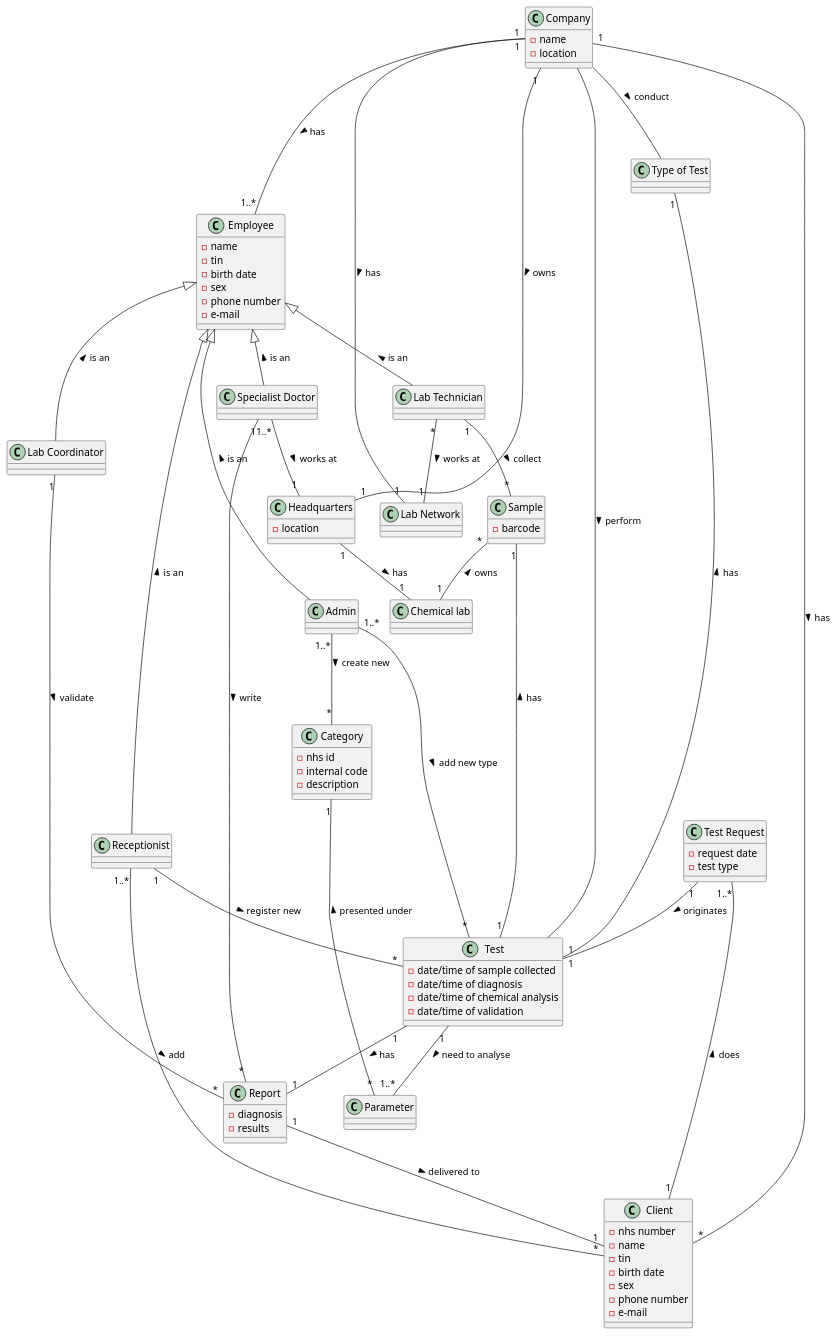
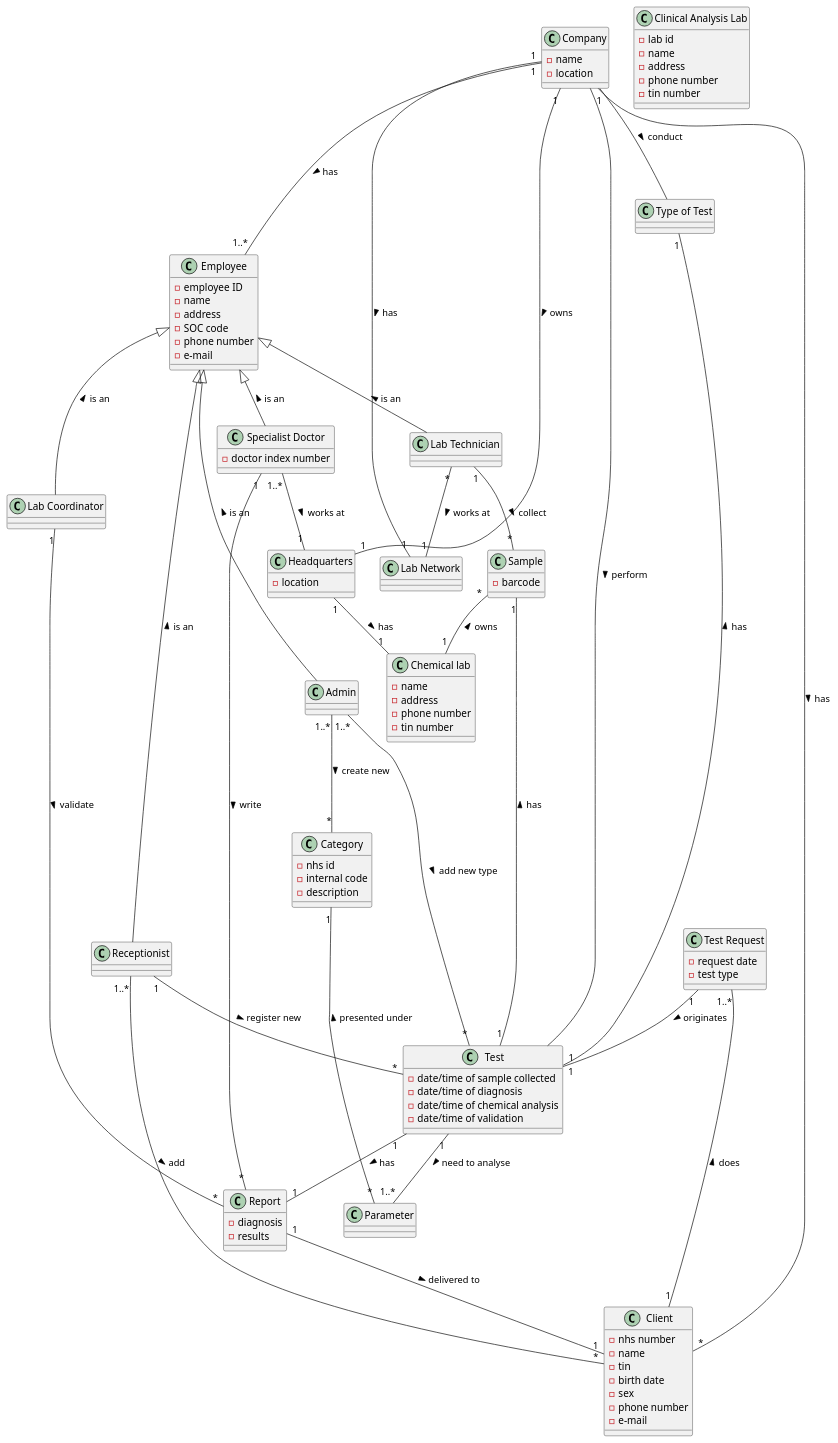
Before and after one commit to GuilhermeCunha79/lapr2: the diagram in docs/SprintA/Domain Model Diagram.puml, drawn with PlantUML. The commit also changed 1 other file, not shown here.

Commit message:
New FURPS+ update and DM diagram(added info from client's forum)

```diff
--- a/docs/SprintA/Domain Model Diagram.puml
+++ b/docs/SprintA/Domain Model Diagram.puml
@@ -1,97 +1,115 @@
 @startuml
 'https://plantuml.com/sequence-diagram
 
 top to bottom direction
 
 Company"1" --- "1..*"Employee : > has
 Company"1" -- "*"Client : > has
 Company"1" -- "1""Lab Network" : > has
 "Lab Technician""*" -- "1""Lab Network" : > works at
 Receptionist"1" -- "*"Test : > register new
 Employee <|-- "Lab Technician" : < is an
 Employee <|-- Receptionist : < is an
 Headquarters"1" -- "1""Chemical lab" : > has
 Company"1" -- "1"Headquarters : > owns
 Receptionist"1..*" -- "*"Client : > add
 Employee <|-- "Lab Coordinator" : < is an
 Employee <|---- Admin : < is an
 Employee <|-- "Specialist Doctor" : < is an
 Admin"1..*" ---- "*"Test : > add new type
 Test"1" -- "1"Report : > has
 "Lab Technician""1" -- "*"Sample : > collect
 Sample"1" -- "1"Test : < has
 Company -- "Type of Test" : > conduct
 Company -- Test : > perform
 "Test Request""1..*" -- "1""Client" : < does
 "Specialist Doctor""1" -- "*"Report : > write
 "Specialist Doctor""1..*" -- "1"Headquarters : > works at
 Report"1" -- "1"Client : > delivered to
 Sample"*" -- "1""Chemical lab" : < owns
 "Lab Coordinator""1" -- "*"Report : > validate
 
 "Test Request""1" -- "1"Test : > originates
 
 "Type of Test""1" -- "1""Test" : < has
 
 Admin"1..*" -- "*"Category : > create new
 
 Category"1" -- "*"Parameter : < presented under
 
 Test"1" -- "1..*"Parameter : > need to analyse
 
 class Client{
 -nhs number
 -name
 -tin
 -birth date
 -sex
 -phone number
 -e-mail
 }
 
 class Sample{
 -barcode
 }
 
 class Report{
 -diagnosis
 -results
 }
 
 class Employee{
+-employee ID
 -name
--tin
--birth date
--sex
+-address
+-SOC code
 -phone number
 -e-mail
+}
+
+class "Clinical Analysis Lab"{
+-lab id
+-name
+-address
+-phone number
+-tin number
+}
+class "Chemical lab"{
+-name
+-address
+-phone number
+-tin number
 }
 
 class "Test Request"{
 -request date
 -test type
 }
 
 class Company{
 -name
 -location
 }
 
 class Headquarters{
 -location
 }
 
 class Test{
 -date/time of sample collected
 -date/time of diagnosis
 -date/time of chemical analysis
 -date/time of validation
 }
 
 class Category{
 -nhs id
 -internal code
 -description
 }
 
+class "Specialist Doctor"{
+-doctor index number
+}
+
 @enduml
```
